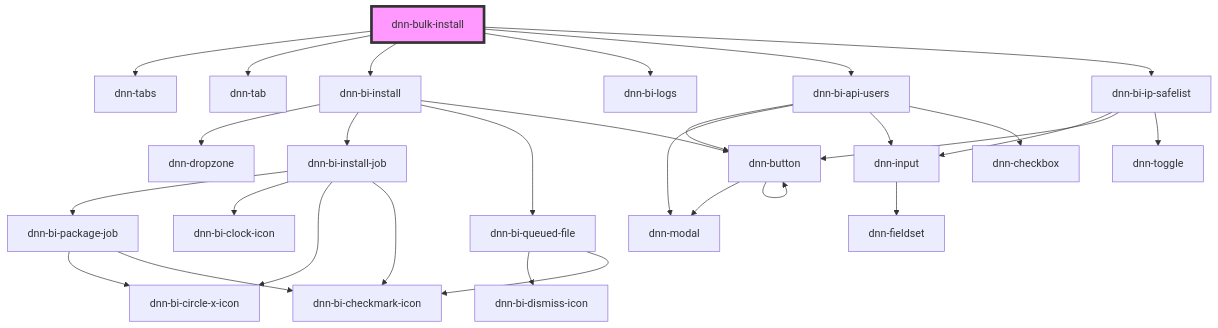
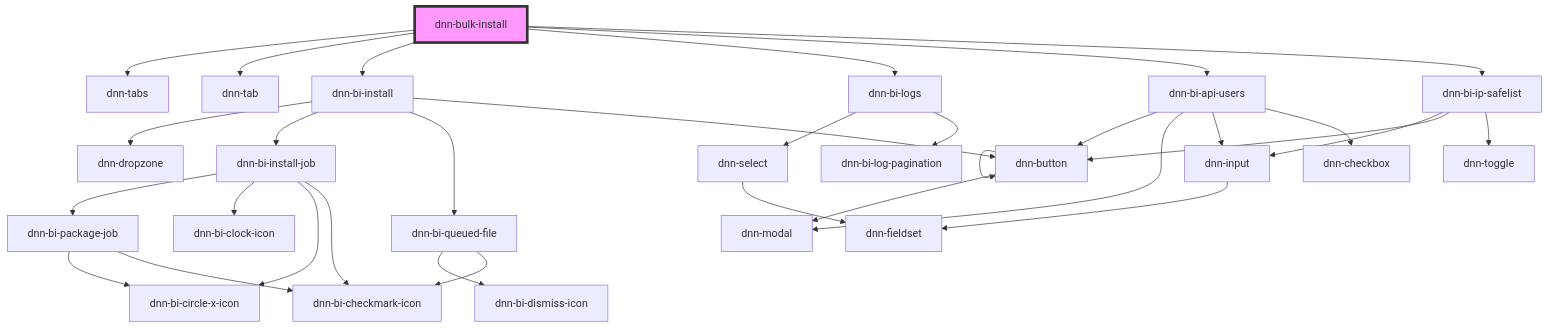
The diagram in DNN Platform/Modules/BulkInstall/BulkInstall.Web/src/components/dnn-bulk-install/readme.md (dnnsoftware/Dnn.Platform), drawn with Mermaid before and after one commit. The commit also changed 7 other files, not shown here.

First line of the commit message:
Extract pagination component for Bulk Install logs

````diff
--- a/DNN Platform/Modules/BulkInstall/BulkInstall.Web/src/components/dnn-bulk-install/readme.md
+++ b/DNN Platform/Modules/BulkInstall/BulkInstall.Web/src/components/dnn-bulk-install/readme.md
@@ -25,32 +25,35 @@
 ```mermaid
 graph TD;
   dnn-bulk-install --> dnn-tabs
   dnn-bulk-install --> dnn-tab
   dnn-bulk-install --> dnn-bi-install
   dnn-bulk-install --> dnn-bi-logs
   dnn-bulk-install --> dnn-bi-api-users
   dnn-bulk-install --> dnn-bi-ip-safelist
   dnn-bi-install --> dnn-dropzone
   dnn-bi-install --> dnn-bi-install-job
   dnn-bi-install --> dnn-bi-queued-file
   dnn-bi-install --> dnn-button
   dnn-bi-install-job --> dnn-bi-package-job
   dnn-bi-install-job --> dnn-bi-clock-icon
   dnn-bi-install-job --> dnn-bi-circle-x-icon
   dnn-bi-install-job --> dnn-bi-checkmark-icon
   dnn-bi-package-job --> dnn-bi-circle-x-icon
   dnn-bi-package-job --> dnn-bi-checkmark-icon
   dnn-bi-queued-file --> dnn-bi-dismiss-icon
   dnn-bi-queued-file --> dnn-bi-checkmark-icon
   dnn-button --> dnn-modal
   dnn-button --> dnn-button
+  dnn-bi-logs --> dnn-select
+  dnn-bi-logs --> dnn-bi-log-pagination
+  dnn-select --> dnn-fieldset
   dnn-bi-api-users --> dnn-button
   dnn-bi-api-users --> dnn-modal
   dnn-bi-api-users --> dnn-input
   dnn-bi-api-users --> dnn-checkbox
   dnn-input --> dnn-fieldset
   dnn-bi-ip-safelist --> dnn-input
   dnn-bi-ip-safelist --> dnn-button
   dnn-bi-ip-safelist --> dnn-toggle
   style dnn-bulk-install fill:#f9f,stroke:#333,stroke-width:4px
 ```
````
